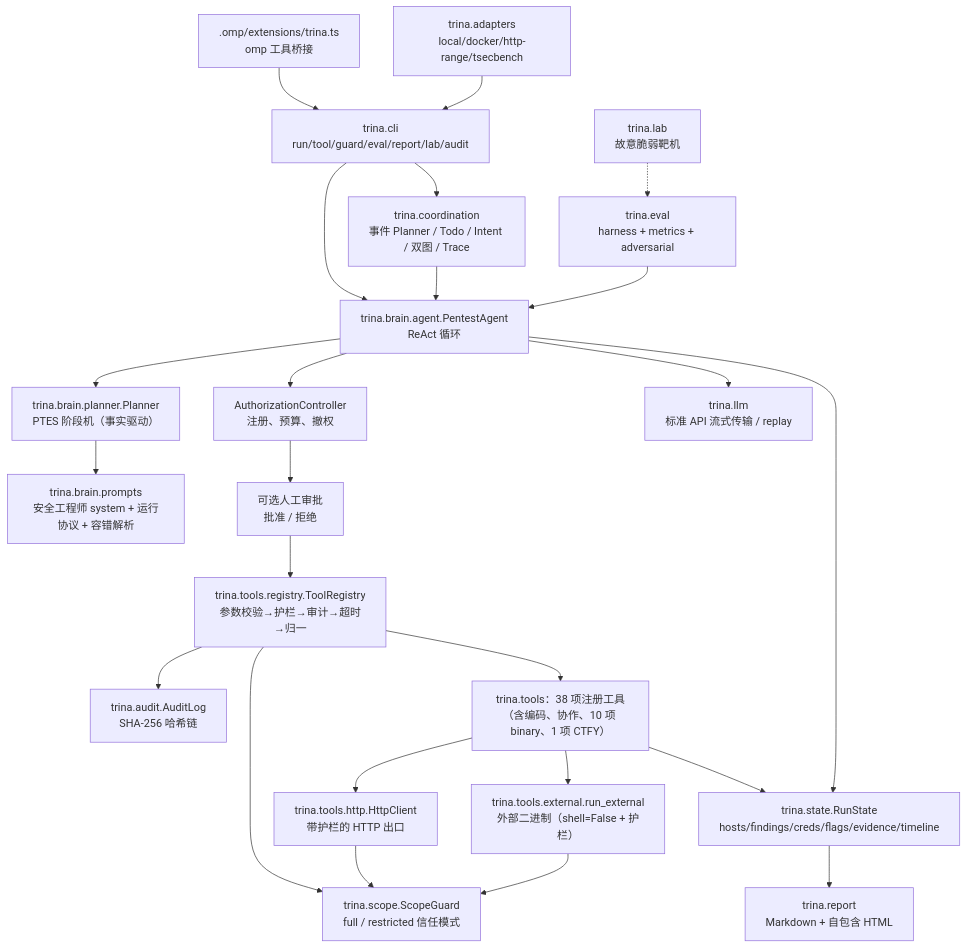
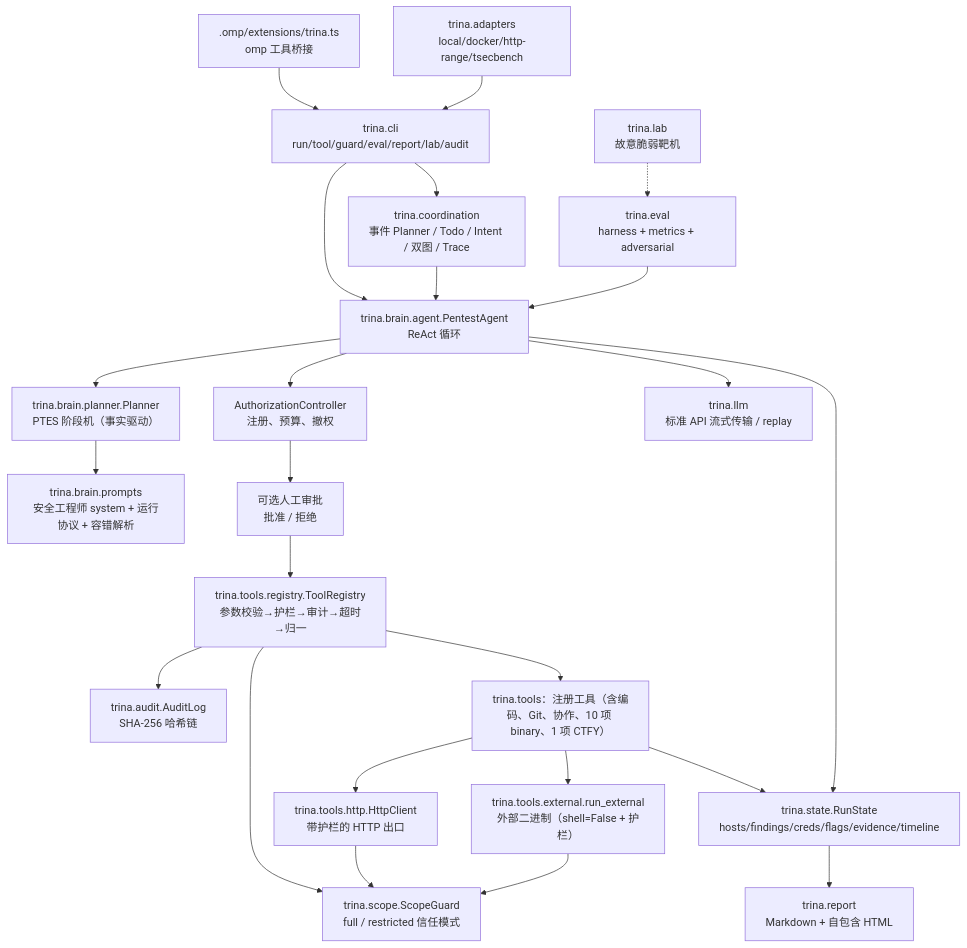
Before and after one commit to YHalo-wyh/Trina: the diagram in docs/ARCHITECTURE.md, drawn with Mermaid. The commit also changed other lines of this file and 36 other files, not shown here.

````diff
--- a/docs/ARCHITECTURE.md
+++ b/docs/ARCHITECTURE.md
@@ -11,42 +11,42 @@
 ```mermaid
 flowchart TB
     CLI["trina.cli<br/>run/tool/guard/eval/report/lab/audit"]
     OMPEXT[".omp/extensions/trina.ts<br/>omp 工具桥接"]
     AGENT["trina.brain.agent.PentestAgent<br/>ReAct 循环"]
     PLANNER["trina.brain.planner.Planner<br/>PTES 阶段机（事实驱动）"]
     PROMPTS["trina.brain.prompts<br/>安全工程师 system + 运行协议 + 容错解析"]
     POLICY["AuthorizationController<br/>注册、预算、撤权"]
     APPROVAL["可选人工审批<br/>批准 / 拒绝"]
     REG["trina.tools.registry.ToolRegistry<br/>参数校验→护栏→审计→超时→归一"]
     GUARD["trina.scope.ScopeGuard<br/>full / restricted 信任模式"]
     AUDIT["trina.audit.AuditLog<br/>SHA-256 哈希链"]
     STATE["trina.state.RunState<br/>hosts/findings/creds/flags/evidence/timeline"]
     COORD["trina.coordination<br/>事件 Planner / Todo / Intent / 双图 / Trace"]
-    TOOLS["trina.tools：38 项注册工具（含编码、协作、10 项 binary、1 项 CTFY）"]
+    TOOLS["trina.tools：注册工具（含编码、Git、协作、10 项 binary、1 项 CTFY）"]
     HTTP["trina.tools.http.HttpClient<br/>带护栏的 HTTP 出口"]
     EXT["trina.tools.external.run_external<br/>外部二进制（shell=False + 护栏）"]
     LLM["trina.llm<br/>标准 API 流式传输 / replay"]
     ADAPT["trina.adapters<br/>local/docker/http-range/tsecbench"]
     EVAL["trina.eval<br/>harness + metrics + adversarial"]
     LAB["trina.lab<br/>故意脆弱靶机"]
     REPORT["trina.report<br/>Markdown + 自包含 HTML"]
 
     CLI --> AGENT
     CLI --> COORD
     OMPEXT --> CLI
     AGENT --> PLANNER --> PROMPTS
     AGENT --> LLM
     COORD --> AGENT
     AGENT --> POLICY --> APPROVAL --> REG
     REG --> GUARD
     REG --> AUDIT
     REG --> TOOLS
     TOOLS --> HTTP --> GUARD
     TOOLS --> EXT --> GUARD
     TOOLS --> STATE
     AGENT --> STATE
     STATE --> REPORT
     ADAPT --> CLI
     EVAL --> AGENT
     LAB -.-> EVAL
 ```
````
